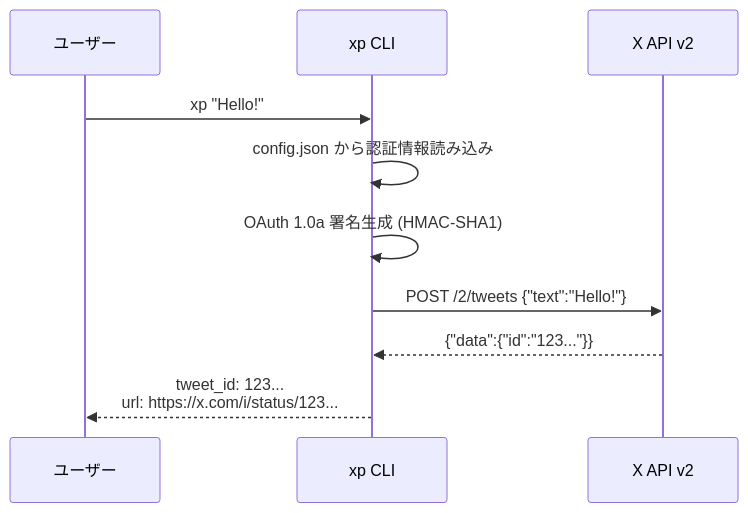
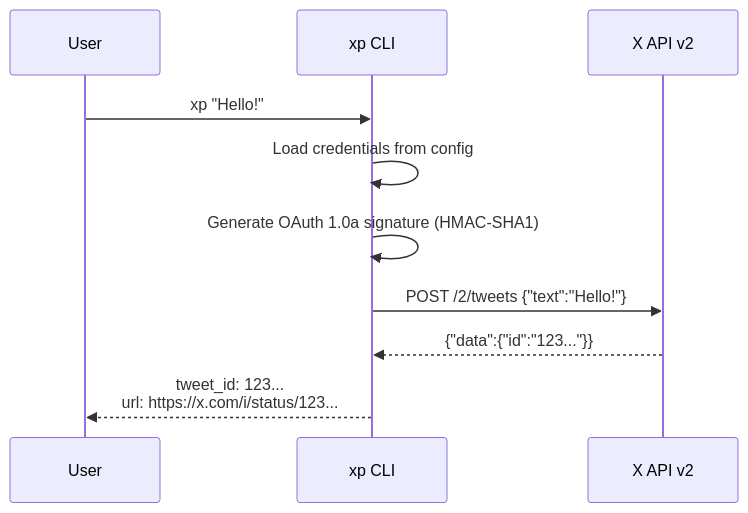
One commit to tawachan/xp changed the second of 4 diagrams in README.md. Above: the diagram before and after it, drawn with Mermaid. The commit also changed other lines of this file and 1 other file, not shown here.

````diff
--- a/README.md
+++ b/README.md
@@ -115,13 +157,13 @@
 ```mermaid
 sequenceDiagram
-    participant U as ユーザー
-    participant X as xp CLI
+    participant U as User
+    participant C as xp CLI
     participant A as X API v2
 
-    U->>X: xp "Hello!"
-    X->>X: config.json から認証情報読み込み
-    X->>X: OAuth 1.0a 署名生成 (HMAC-SHA1)
-    X->>A: POST /2/tweets {"text":"Hello!"}
-    A-->>X: {"data":{"id":"123..."}}
-    X-->>U: tweet_id: 123...<br/>url: https://x.com/i/status/123...
+    U->>C: xp "Hello!"
+    C->>C: Load credentials from config
+    C->>C: Generate OAuth 1.0a signature (HMAC-SHA1)
+    C->>A: POST /2/tweets {"text":"Hello!"}
+    A-->>C: {"data":{"id":"123..."}}
+    C-->>U: tweet_id: 123...<br/>url: https://x.com/i/status/123...
 ```
````
